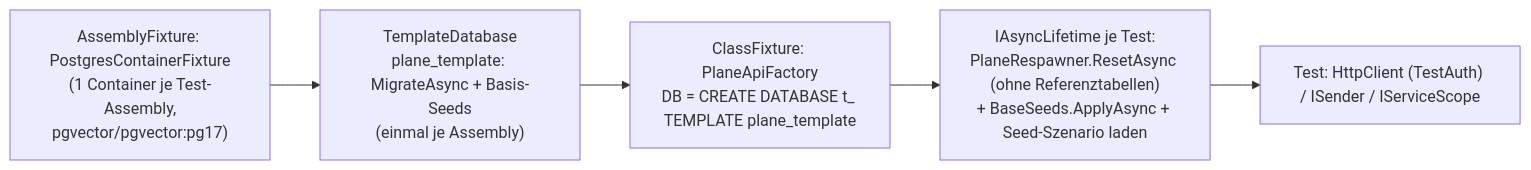
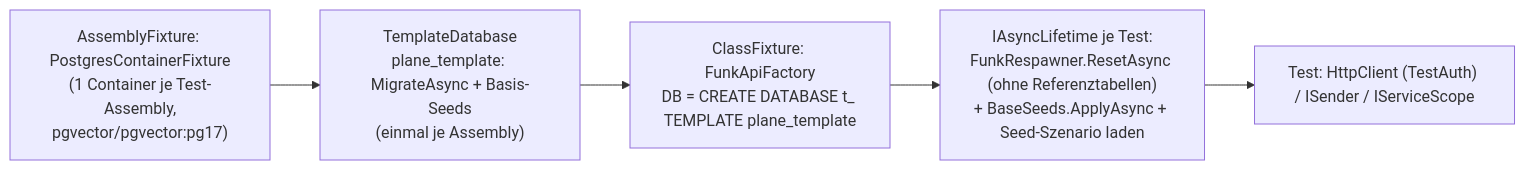
Before and after one commit to mlwr/plane: the second of 6 diagrams in migration/architecture/15-teststrategie-qualitaet-paritaet.md, drawn with Mermaid. The commit also changed other lines of this file and 27 other files, not shown here.

First line of the commit message:
docs(migration): rename target identifiers to funk in architecture and plan docs

````diff
--- a/migration/architecture/15-teststrategie-qualitaet-paritaet.md
+++ b/migration/architecture/15-teststrategie-qualitaet-paritaet.md
@@ -270,7 +270,7 @@
 ```mermaid
 flowchart LR
   A["AssemblyFixture: PostgresContainerFixture<br/>(1 Container je Test-Assembly,<br/>pgvector/pgvector:pg17)"] --> B["TemplateDatabase<br/>plane_template: MigrateAsync + Basis-Seeds<br/>(einmal je Assembly)"]
-  B --> C["ClassFixture: PlaneApiFactory<br/>DB = CREATE DATABASE t_<klasse> TEMPLATE plane_template"]
-  C --> D["IAsyncLifetime je Test:<br/>PlaneRespawner.ResetAsync (ohne Referenztabellen)<br/>+ BaseSeeds.ApplyAsync + Seed-Szenario laden"]
+  B --> C["ClassFixture: FunkApiFactory<br/>DB = CREATE DATABASE t_<klasse> TEMPLATE plane_template"]
+  C --> D["IAsyncLifetime je Test:<br/>FunkRespawner.ResetAsync (ohne Referenztabellen)<br/>+ BaseSeeds.ApplyAsync + Seed-Szenario laden"]
   D --> E["Test: HttpClient (TestAuth) / ISender / IServiceScope"]
 ```
````
